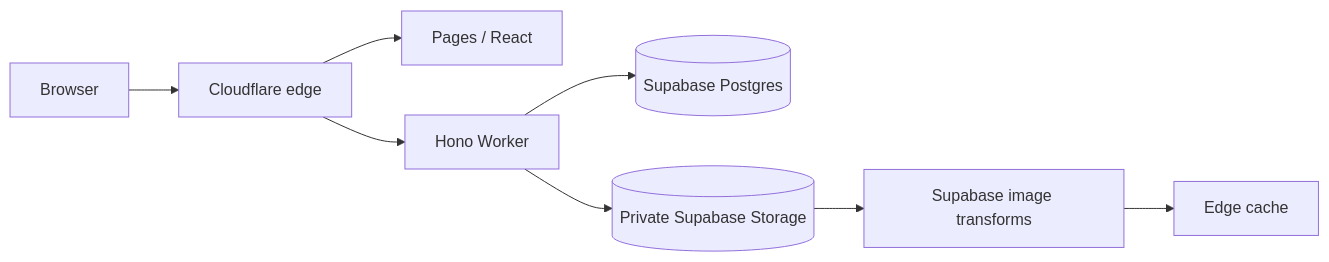
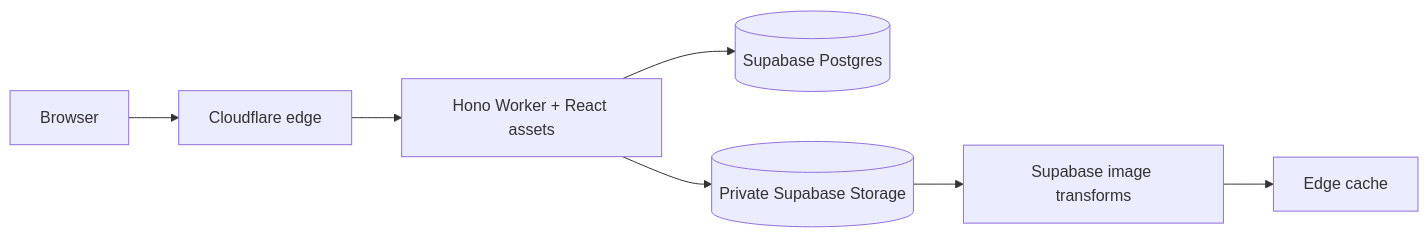
One commit to shivanshu11092003/trizen changed the first of 3 diagrams in docs/architecture.md. Above: the diagram before and after it, drawn with Mermaid. The commit also changed other lines of this file and 50 other files, not shown here.

````diff
--- a/docs/architecture.md
+++ b/docs/architecture.md
@@ -8,10 +8,9 @@
 ```mermaid
 flowchart LR
   B[Browser] --> E[Cloudflare edge]
-  E --> P[Pages / React]
-  E --> W[Hono Worker]
+  E --> W[Hono Worker + React assets]
   W --> D[(Supabase Postgres)]
   W --> R[(Private Supabase Storage)]
   R --> I[Supabase image transforms]
   I --> C[Edge cache]
 ```
````
